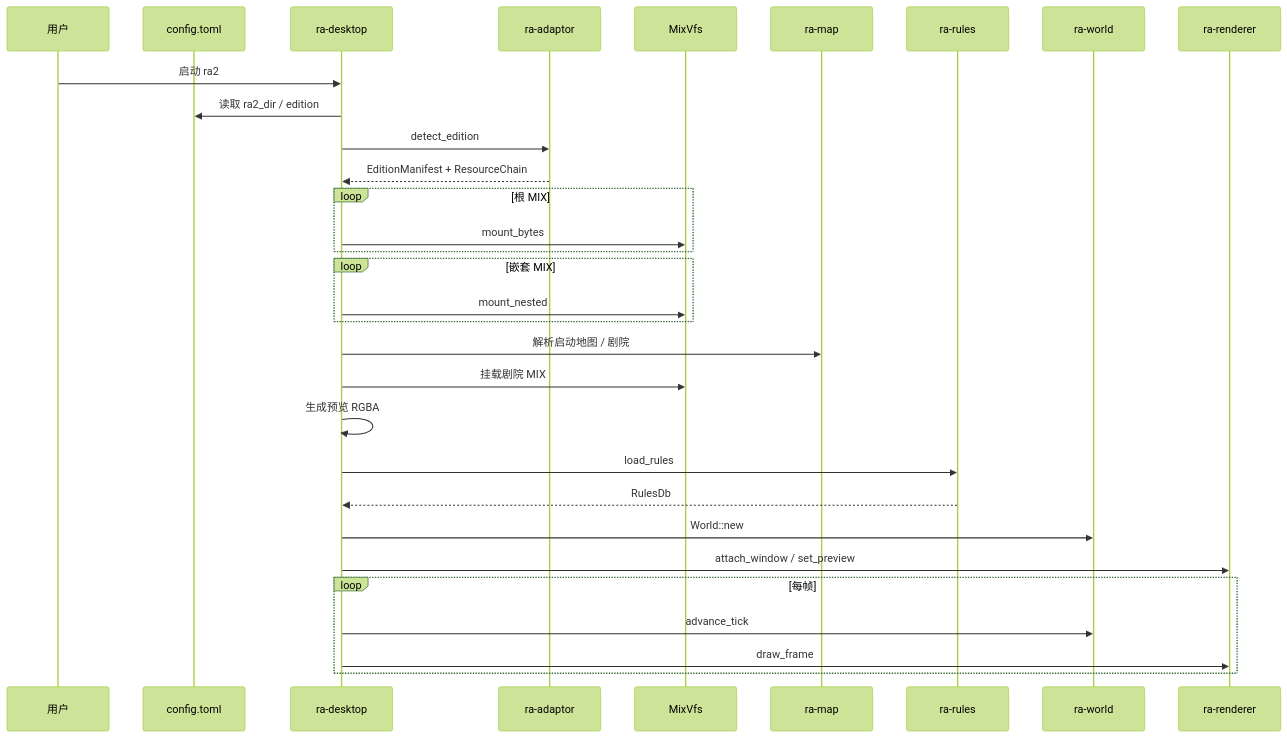
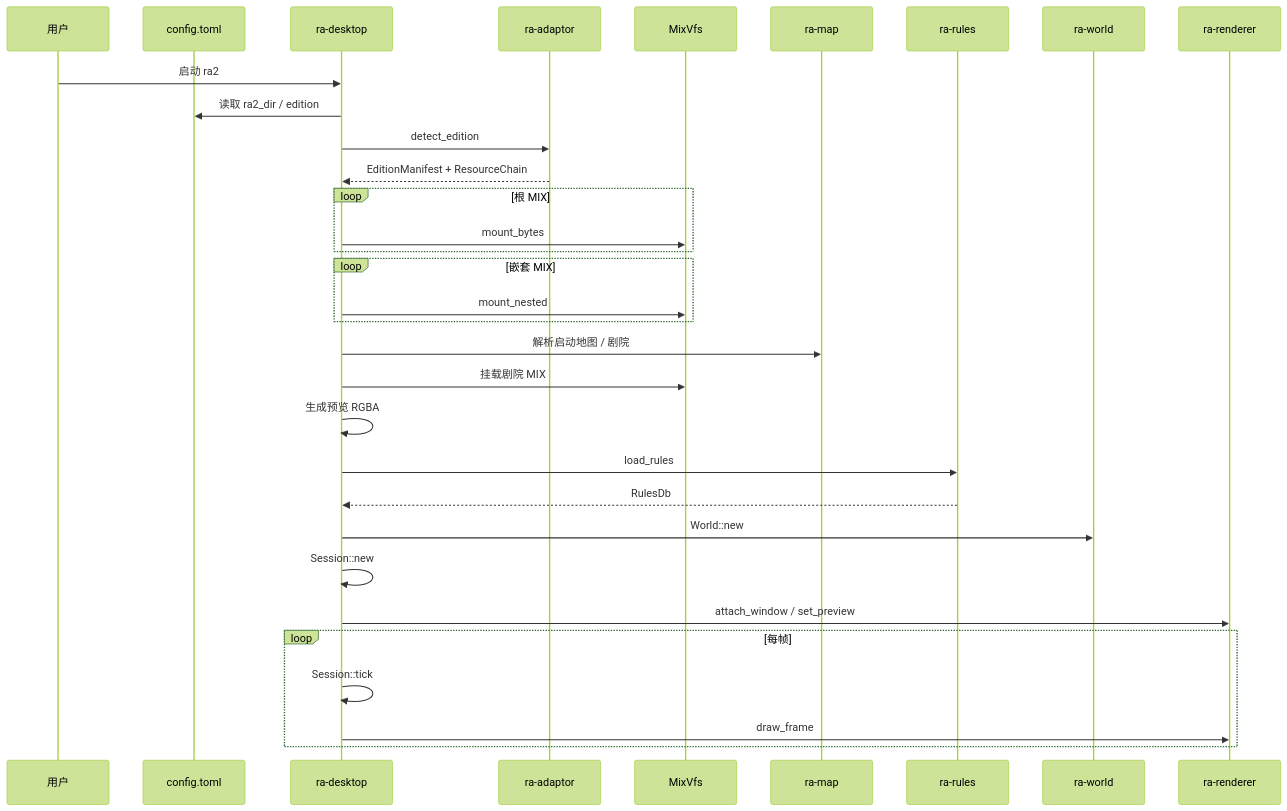
The third of 3 diagrams in readme.md (rust-alert/ra2.exe), drawn with Mermaid (forest theme) before and after one commit. The commit also changed other lines of this file, not shown here.

First line of the commit message:
📝 Document `ra-session` in workspace architecture diagrams

````diff
--- a/readme.md
+++ b/readme.md
@@ -128,33 +135,34 @@
 ```mermaid
 sequenceDiagram
     participant User as 用户
     participant Cfg as config.toml
     participant Desk as ra-desktop
     participant Ad as ra-adaptor
     participant Vfs as MixVfs
     participant Map as ra-map
     participant Rules as ra-rules
     participant World as ra-world
     participant Gpu as ra-renderer
     User ->> Desk: 启动 ra2
     Desk ->> Cfg: 读取 ra2_dir / edition
     Desk ->> Ad: detect_edition
     Ad -->> Desk: EditionManifest + ResourceChain
     loop 根 MIX
         Desk ->> Vfs: mount_bytes
     end
     loop 嵌套 MIX
         Desk ->> Vfs: mount_nested
     end
     Desk ->> Map: 解析启动地图 / 剧院
     Desk ->> Vfs: 挂载剧院 MIX
     Desk ->> Desk: 生成预览 RGBA
     Desk ->> Rules: load_rules
     Rules -->> Desk: RulesDb
     Desk ->> World: World::new
+    Desk ->> Desk: Session::new
     Desk ->> Gpu: attach_window / set_preview
     loop 每帧
-        Desk ->> World: advance_tick
+        Desk ->> Desk: Session::tick
         Desk ->> Gpu: draw_frame
     end
 ```
````
